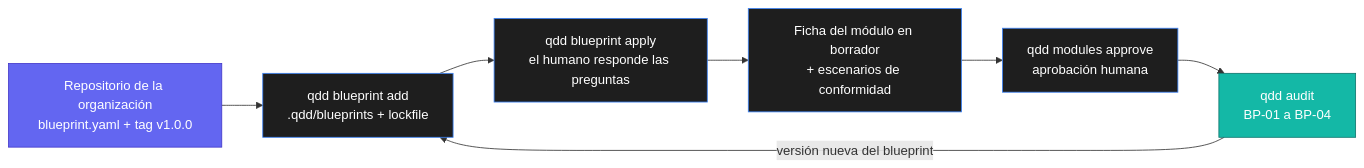
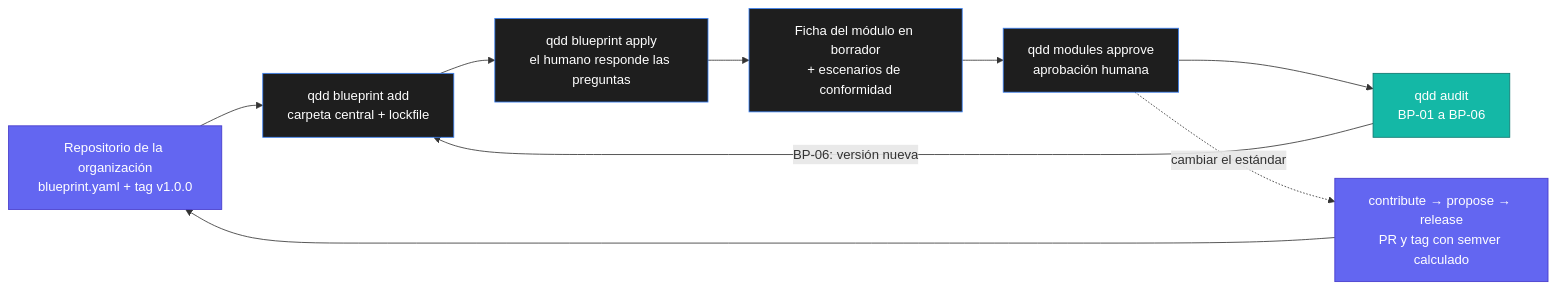
The diagram in docs/blueprints.md (trdago/qdd-framework), drawn with Mermaid before and after one commit. The commit also changed other lines of this file and 6 other files, not shown here.

First line of the commit message:
docs: al día con v2.x (carpeta central, varias fuentes, estado y consola) y ficha de documentación aprobada

````diff
--- a/docs/blueprints.md
+++ b/docs/blueprints.md
@@ -18,14 +18,16 @@
 ```mermaid
 graph LR
     classDef org fill:#6366f1,stroke:#4338ca,color:#fff;
     classDef proj fill:#1e1e1e,stroke:#3b82f6,color:#fff;
     classDef gate fill:#14b8a6,stroke:#0f766e,color:#fff;
     R["Repositorio de la organización<br/>blueprint.yaml + tag v1.0.0"]:::org
-    A["qdd blueprint add<br/>.qdd/blueprints + lockfile"]:::proj
+    A["qdd blueprint add<br/>carpeta central + lockfile"]:::proj
     P["qdd blueprint apply<br/>el humano responde las preguntas"]:::proj
     F["Ficha del módulo en borrador<br/>+ escenarios de conformidad"]:::proj
     H["qdd modules approve<br/>aprobación humana"]:::proj
-    G["qdd audit<br/>BP-01 a BP-04"]:::gate
+    G["qdd audit<br/>BP-01 a BP-06"]:::gate
+    C["contribute → propose → release<br/>PR y tag con semver calculado"]:::org
     R --> A --> P --> F --> H --> G
-    G -- versión nueva del blueprint --> A
+    G -- BP-06: versión nueva --> A
+    H -. cambiar el estándar .-> C --> R
 ```
````
